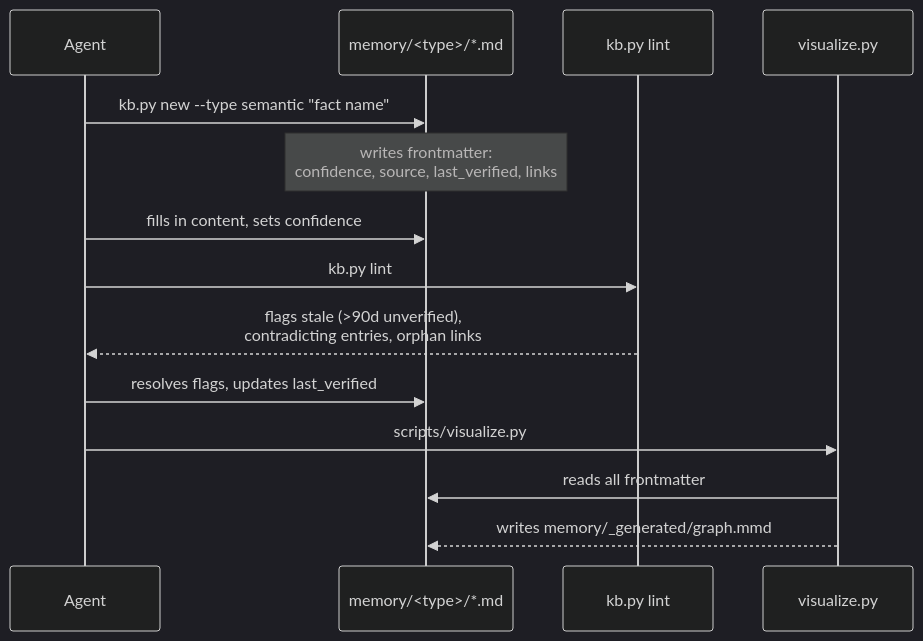
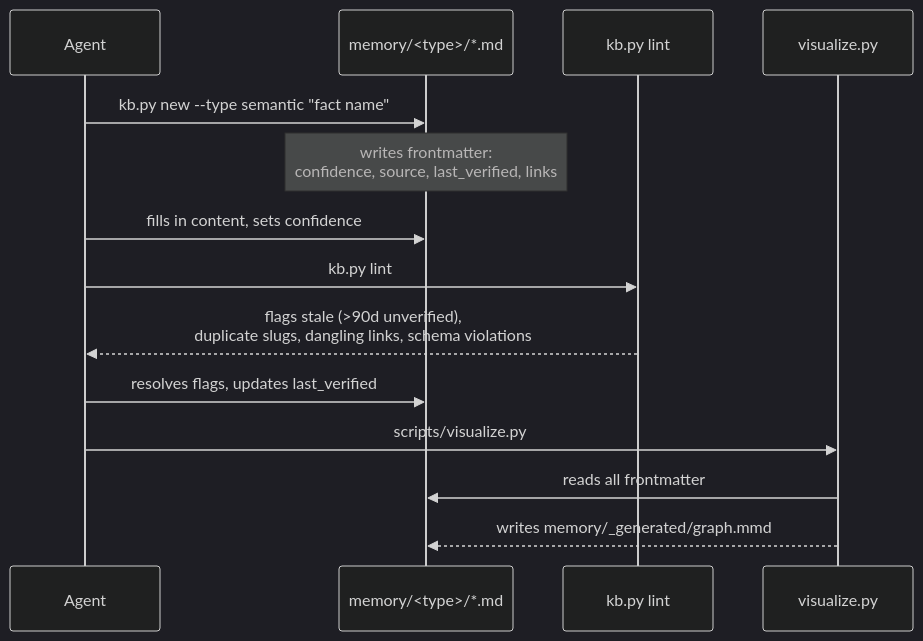
Before and after one commit to jvanheerikhuize/knowledge-base: the third of 3 diagrams in docs/solution-overview.md, drawn with Mermaid (dark theme). The commit also changed other lines of this file and 4 other files, not shown here.

First line of the commit message:
Phase 6: schema/lint alignment + p9b dogfooding findings (#3)

````diff
--- a/docs/solution-overview.md
+++ b/docs/solution-overview.md
@@ -84,17 +84,17 @@
 ```mermaid
 sequenceDiagram
     participant Agent
     participant KB as memory/<type>/*.md
     participant Lint as kb.py lint
     participant Viz as visualize.py
 
     Agent->>KB: kb.py new --type semantic "fact name"
     Note over KB: writes frontmatter:<br/>confidence, source, last_verified, links
     Agent->>KB: fills in content, sets confidence
     Agent->>Lint: kb.py lint
-    Lint-->>Agent: flags stale (>90d unverified),<br/>contradicting entries, orphan links
+    Lint-->>Agent: flags stale (>90d unverified),<br/>duplicate slugs, dangling links, schema violations
     Agent->>KB: resolves flags, updates last_verified
     Agent->>Viz: scripts/visualize.py
     Viz->>KB: reads all frontmatter
     Viz-->>KB: writes memory/_generated/graph.mmd
 ```
````
